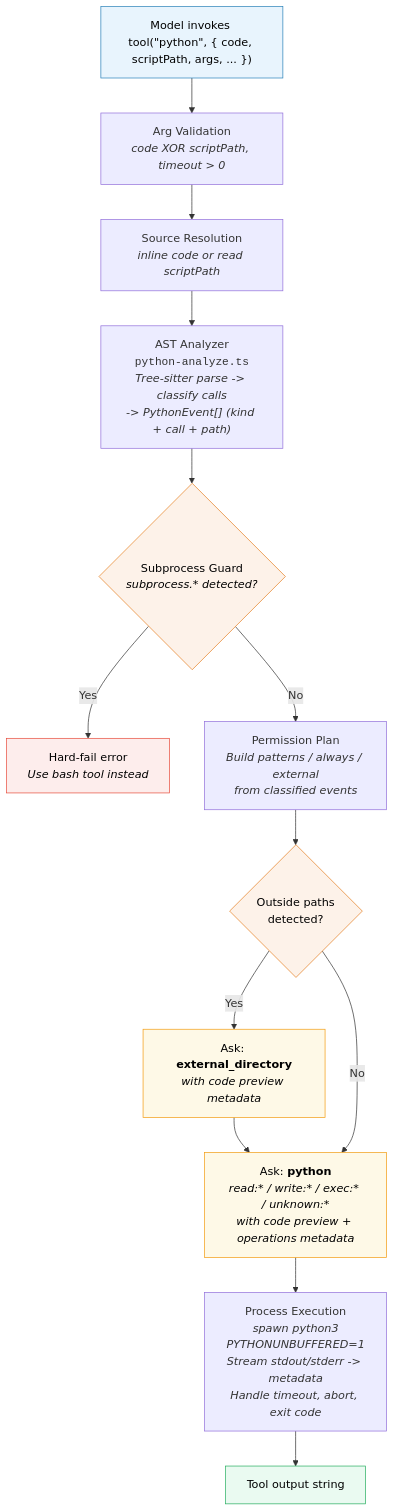
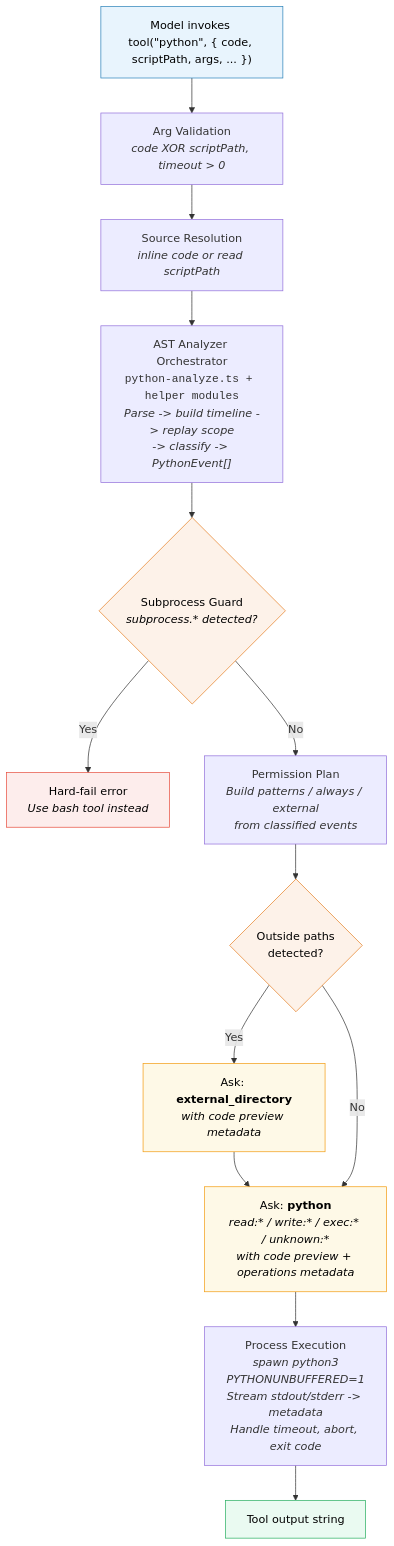
One commit to loquilloll/opencode-python-tool changed the diagram in README.md. Above: the diagram before and after it, drawn with Mermaid. The commit also changed other lines of this file and 16 other files, not shown here.

First line of the commit message:
refactor: split python analyzer into focused seams

````diff
--- a/README.md
+++ b/README.md
@@ -38,39 +38,39 @@
 ```mermaid
 flowchart TD
     invoke["Model invokes tool(#quot;python#quot;, { code, scriptPath, args, ... })"]
     invoke --> validate
 
     validate["Arg Validation<br/><i>code XOR scriptPath, timeout > 0</i>"]
     validate --> source
 
     source["Source Resolution<br/><i>inline code or read scriptPath</i>"]
     source --> analyzer
 
-    analyzer["AST Analyzer<br/><code>python-analyze.ts</code><br/><i>Tree-sitter parse -> classify calls<br/>-> PythonEvent[] (kind + call + path)</i>"]
+    analyzer["AST Analyzer Orchestrator<br/><code>python-analyze.ts + helper modules</code><br/><i>Parse -> build timeline -> replay scope<br/>-> classify -> PythonEvent[]</i>"]
     analyzer --> guard
 
     guard{"Subprocess Guard<br/><i>subprocess.* detected?</i>"}
     guard -- "Yes" --> hardfail["Hard-fail error<br/><i>Use bash tool instead</i>"]
     guard -- "No" --> plan
 
     plan["Permission Plan<br/><i>Build patterns / always / external<br/>from classified events</i>"]
     plan --> extcheck{"Outside paths<br/>detected?"}
 
     extcheck -- "Yes" --> extask["Ask: <b>external_directory</b><br/><i>with code preview metadata</i>"]
     extask --> pyask
     extcheck -- "No" --> pyask
 
     pyask["Ask: <b>python</b><br/><i>read:* / write:* / exec:* / unknown:*<br/>with code preview + operations metadata</i>"]
     pyask --> exec
 
     exec["Process Execution<br/><i>spawn python3<br/>PYTHONUNBUFFERED=1<br/>Stream stdout/stderr -> metadata<br/>Handle timeout, abort, exit code</i>"]
     exec --> output["Tool output string"]
 
     style invoke fill:#e8f4fd,stroke:#2980b9,color:#000
     style hardfail fill:#fdedec,stroke:#e74c3c,color:#000
     style extask fill:#fef9e7,stroke:#f39c12,color:#000
     style pyask fill:#fef9e7,stroke:#f39c12,color:#000
     style output fill:#eafaf1,stroke:#27ae60,color:#000
     style guard fill:#fdf2e9,stroke:#e67e22,color:#000
     style extcheck fill:#fdf2e9,stroke:#e67e22,color:#000
 ```
````
